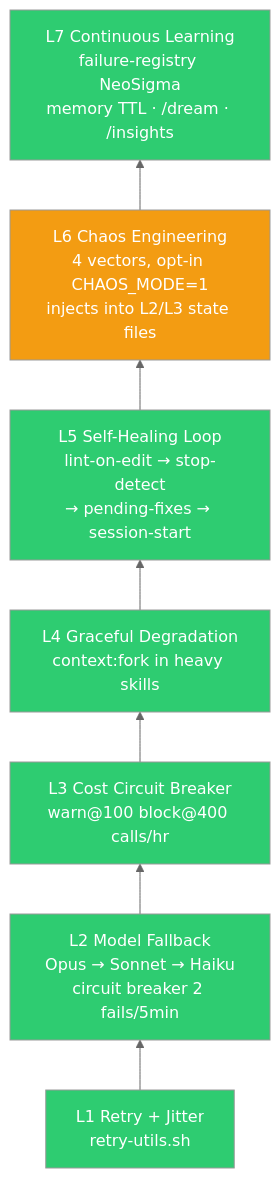
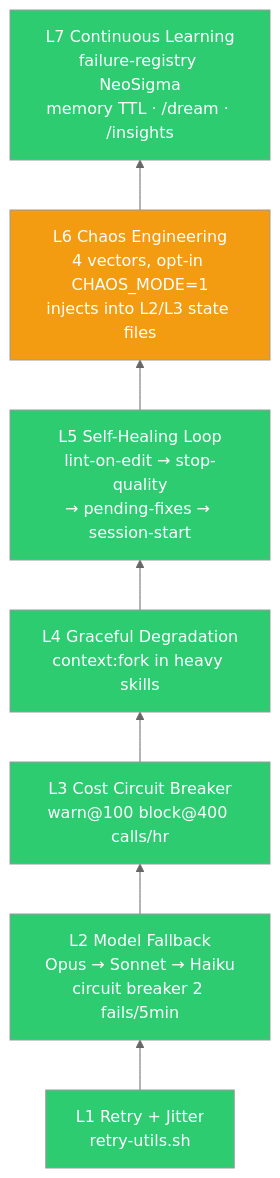
The second of 4 diagrams in docs/ARCHITECTURE.md (lucasmiachon-blip/OLMO), drawn with Mermaid (neutral theme) before and after one commit. The commit also changed other lines of this file and 16 other files, not shown here.

````diff
--- a/docs/ARCHITECTURE.md
+++ b/docs/ARCHITECTURE.md
@@ -78,17 +88,17 @@
 ```mermaid
 graph BT
     L1[L1 Retry + Jitter<br>retry-utils.sh] --> L2[L2 Model Fallback<br>Opus → Sonnet → Haiku<br>circuit breaker 2 fails/5min]
     L2 --> L3[L3 Cost Circuit Breaker<br>warn@100 block@400 calls/hr]
     L3 --> L4[L4 Graceful Degradation<br>context:fork in heavy skills]
-    L4 --> L5[L5 Self-Healing Loop<br>lint-on-edit → stop-detect<br>→ pending-fixes → session-start]
+    L4 --> L5[L5 Self-Healing Loop<br>lint-on-edit → stop-quality<br>→ pending-fixes → session-start]
     L5 --> L6[L6 Chaos Engineering<br>4 vectors, opt-in CHAOS_MODE=1<br>injects into L2/L3 state files]
     L6 --> L7[L7 Continuous Learning<br>failure-registry NeoSigma<br>memory TTL · /dream · /insights]
 
     style L1 fill:#2ecc71,color:#fff
     style L2 fill:#2ecc71,color:#fff
     style L3 fill:#2ecc71,color:#fff
     style L4 fill:#2ecc71,color:#fff
     style L5 fill:#2ecc71,color:#fff
     style L6 fill:#f39c12,color:#fff
     style L7 fill:#2ecc71,color:#fff
 ```
````
